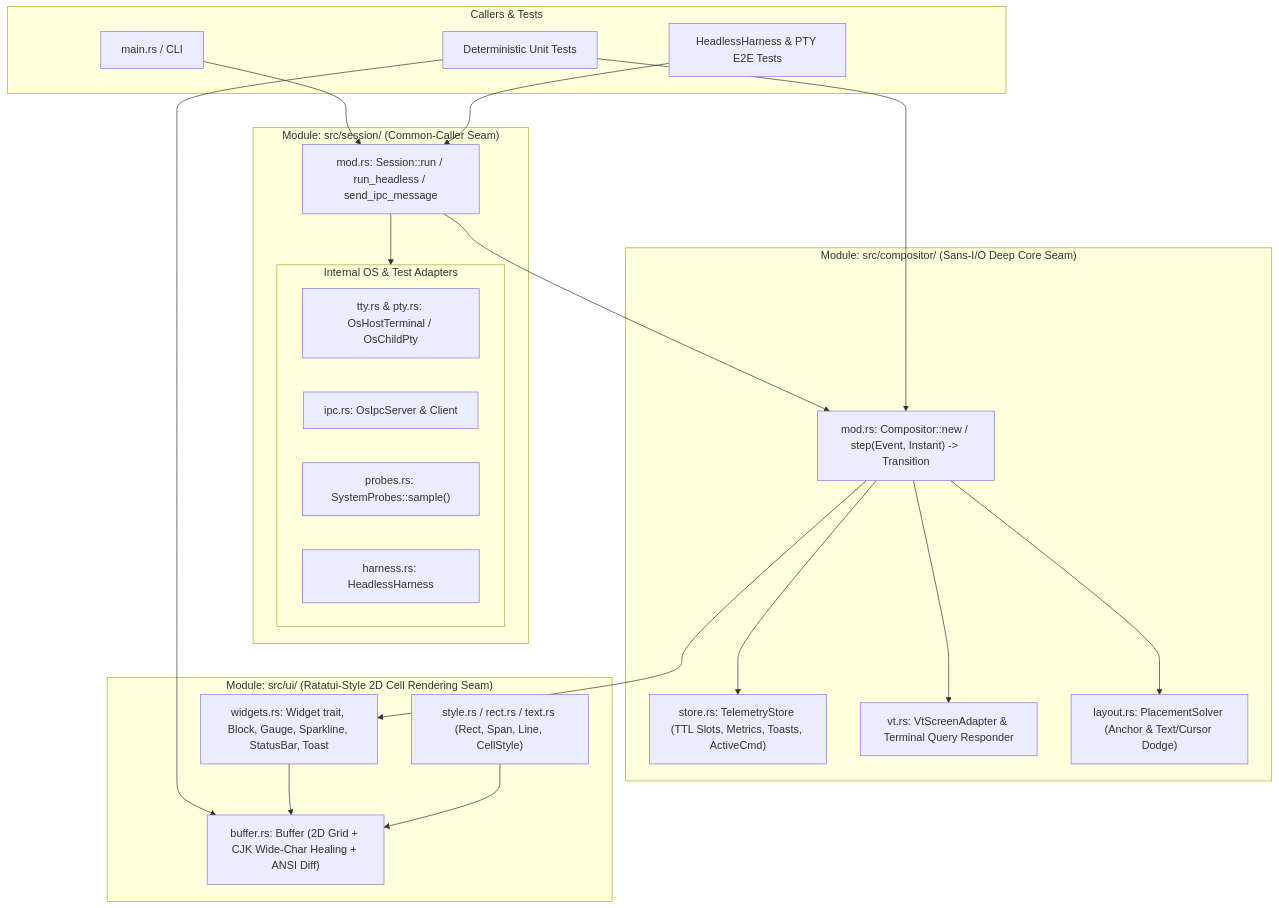
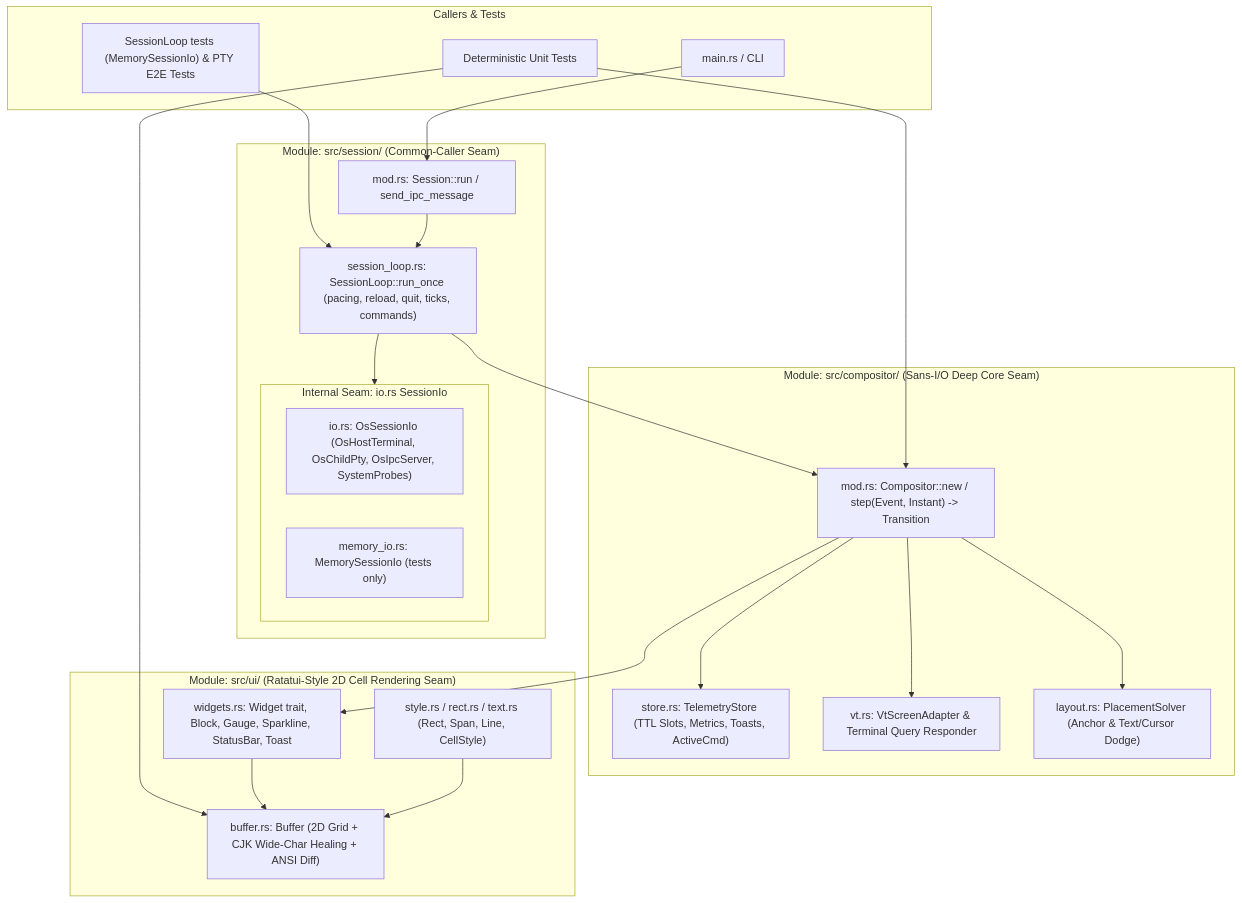
Before and after one commit to yamadayuki/thud: the diagram in docs/architecture/compositor-module.md, drawn with Mermaid. The commit also changed other lines of this file and 7 other files, not shown here.

First line of the commit message:
refactor(session): drive sessions through SessionLoop over a single SessionIo seam (ADR-004)

````diff
--- a/docs/architecture/compositor-module.md
+++ b/docs/architecture/compositor-module.md
@@ -14,44 +14,44 @@
 ```mermaid
 flowchart TB
     subgraph ExternalCallers["Callers & Tests"]
         CLI["main.rs / CLI"]
         UnitTest["Deterministic Unit Tests"]
-        IntegTest["HeadlessHarness & PTY E2E Tests"]
+        IntegTest["SessionLoop tests (MemorySessionIo) & PTY E2E Tests"]
     end
 
     subgraph SessionModule["Module: src/session/ (Common-Caller Seam)"]
-        SessionRun["mod.rs: Session::run / run_headless / send_ipc_message"]
-        subgraph InternalSeam["Internal OS & Test Adapters"]
-            TtyPty["tty.rs & pty.rs: OsHostTerminal / OsChildPty"]
-            IpcMod["ipc.rs: OsIpcServer & Client"]
-            ProbesMod["probes.rs: SystemProbes::sample()"]
-            HarnessMod["harness.rs: HeadlessHarness"]
+        SessionRun["mod.rs: Session::run / send_ipc_message"]
+        Loop["session_loop.rs: SessionLoop::run_once (pacing, reload, quit, ticks, commands)"]
+        subgraph InternalSeam["Internal Seam: io.rs SessionIo"]
+            OsIo["io.rs: OsSessionIo (OsHostTerminal, OsChildPty, OsIpcServer, SystemProbes)"]
+            MemIo["memory_io.rs: MemorySessionIo (tests only)"]
         end
     end
 
     subgraph CompositorModule["Module: src/compositor/ (Sans-I/O Deep Core Seam)"]
         Step["mod.rs: Compositor::new / step(Event, Instant) -> Transition"]
         Store["store.rs: TelemetryStore (TTL Slots, Metrics, Toasts, ActiveCmd)"]
         VTE["vt.rs: VtScreenAdapter & Terminal Query Responder"]
         Layout["layout.rs: PlacementSolver (Anchor & Text/Cursor Dodge)"]
     end
 
     subgraph UiModule["Module: src/ui/ (Ratatui-Style 2D Cell Rendering Seam)"]
         Primitives["style.rs / rect.rs / text.rs (Rect, Span, Line, CellStyle)"]
         Surface["buffer.rs: Buffer (2D Grid + CJK Wide-Char Healing + ANSI Diff)"]
         Widgets["widgets.rs: Widget trait, Block, Gauge, Sparkline, StatusBar, Toast"]
     end
 
     CLI --> SessionRun
-    IntegTest --> SessionRun
+    IntegTest --> Loop
     UnitTest --> Step
     UnitTest --> Surface
-    SessionRun --> InternalSeam
-    SessionRun --> Step
+    SessionRun --> Loop
+    Loop --> InternalSeam
+    Loop --> Step
     Step --> Store
     Step --> VTE
     Step --> Layout
     Step --> Widgets
     Widgets --> Surface
     Primitives --> Surface
 ```
````
